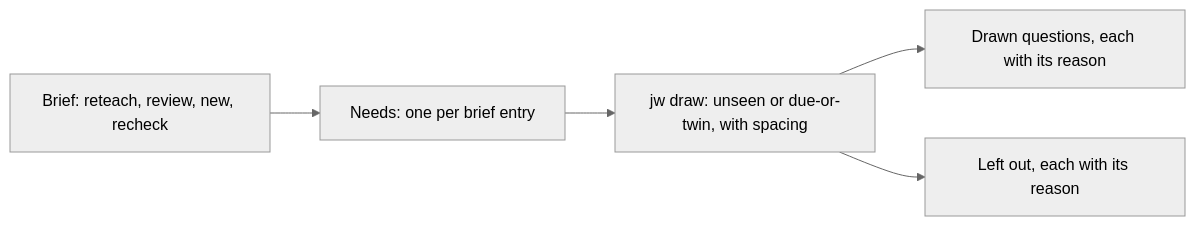
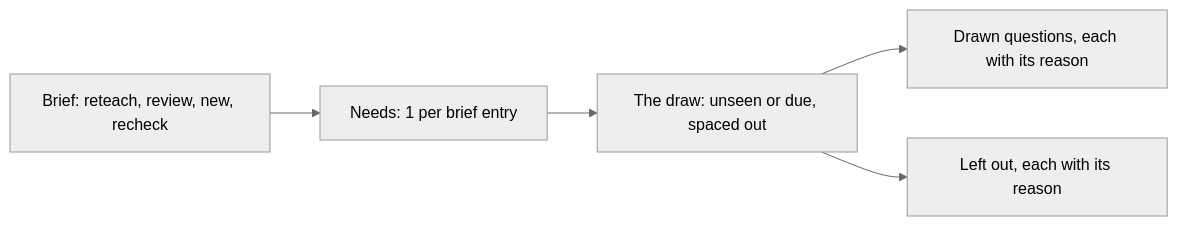
One commit to vasyl-stanislavchuk/jadwigo-hackathon changed the diagram in apps/docs/src/lib/diagrams/next-lesson.mmd. Above: the diagram before and after it, drawn with Mermaid (neutral theme). The commit also changed 69 other files, not shown here.

First line of the commit message:
dl-5ssh.90.53.20: architecture as a C4 ladder, every diagram redrawn in Medallion (#946)

```diff
--- a/apps/docs/src/lib/diagrams/next-lesson.mmd
+++ b/apps/docs/src/lib/diagrams/next-lesson.mmd
@@ -1,5 +1,5 @@
 flowchart LR
-  B["Brief: reteach, review, new, recheck"] --> N["Needs: one per brief entry"]
-  N --> D["jw draw: unseen or due-or-twin, with spacing"]
+  B["Brief: reteach, review, new, recheck"] --> N["Needs: 1 per brief entry"]
+  N --> D["The draw: unseen or due, spaced out"]
   D --> Q["Drawn questions, each with its reason"]
   D --> L["Left out, each with its reason"]
```
